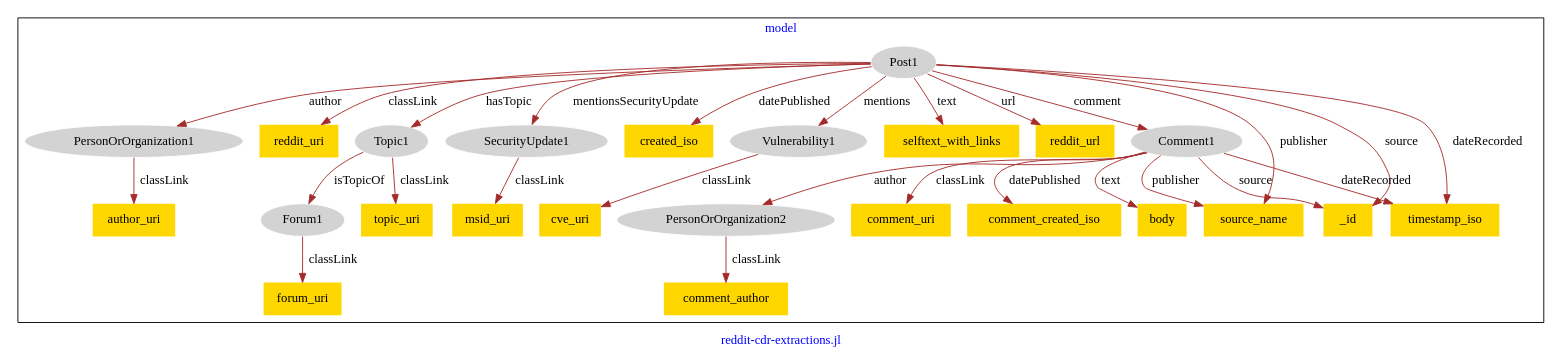
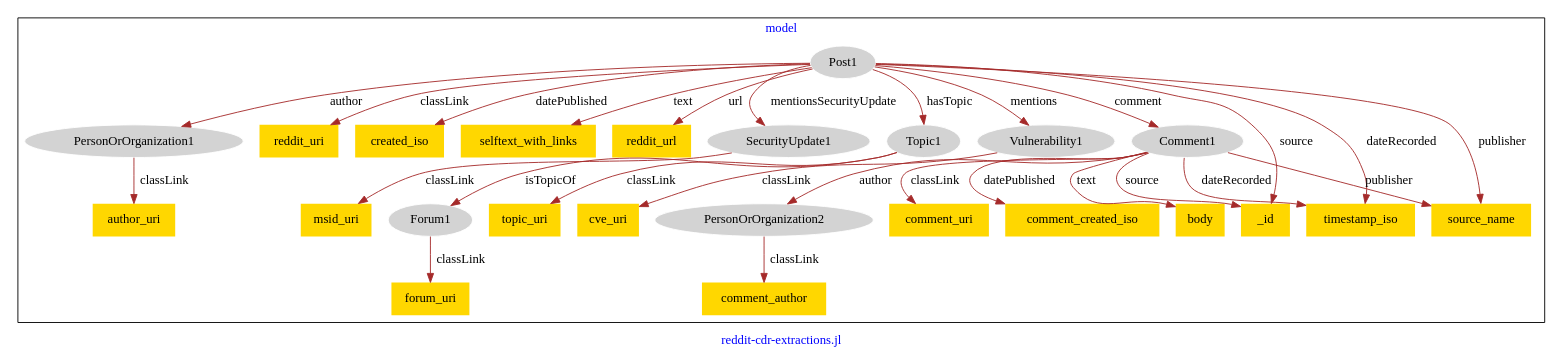
One commit to usc-isi-i2/effect-alignment changed the diagram in models/hg-reddit/hg-reddit-model.dot. Above: the diagram before and after it, drawn with Graphviz.

Commit message:
Update file hg-reddit-model.dot

```diff
--- a/models/hg-reddit/hg-reddit-model.dot
+++ b/models/hg-reddit/hg-reddit-model.dot
@@ -1,58 +1,58 @@
 digraph n0 {
 fontcolor="blue"
 remincross="true"
 label="reddit-cdr-extractions.jl"
 subgraph cluster {
 label="model"
 n2[style="filled",color="white",fillcolor="lightgray",label="Forum1"];
 n3[shape="plaintext",style="filled",fillcolor="gold",label="forum_uri"];
 n4[style="filled",color="white",fillcolor="lightgray",label="PersonOrOrganization1"];
 n5[shape="plaintext",style="filled",fillcolor="gold",label="author_uri"];
 n6[style="filled",color="white",fillcolor="lightgray",label="PersonOrOrganization2"];
 n7[shape="plaintext",style="filled",fillcolor="gold",label="comment_author"];
 n8[style="filled",color="white",fillcolor="lightgray",label="Post1"];
 n9[shape="plaintext",style="filled",fillcolor="gold",label="reddit_uri"];
-n10[style="filled",color="white",fillcolor="lightgray",label="Topic1"];
-n11[style="filled",color="white",fillcolor="lightgray",label="SecurityUpdate1"];
-n12[shape="plaintext",style="filled",fillcolor="gold",label="created_iso"];
-n13[style="filled",color="white",fillcolor="lightgray",label="Vulnerability1"];
-n14[shape="plaintext",style="filled",fillcolor="gold",label="selftext_with_links"];
-n15[shape="plaintext",style="filled",fillcolor="gold",label="reddit_url"];
-n16[shape="plaintext",style="filled",fillcolor="gold",label="msid_uri"];
-n17[shape="plaintext",style="filled",fillcolor="gold",label="topic_uri"];
+n10[shape="plaintext",style="filled",fillcolor="gold",label="created_iso"];
+n11[shape="plaintext",style="filled",fillcolor="gold",label="selftext_with_links"];
+n12[shape="plaintext",style="filled",fillcolor="gold",label="reddit_url"];
+n13[style="filled",color="white",fillcolor="lightgray",label="SecurityUpdate1"];
+n14[shape="plaintext",style="filled",fillcolor="gold",label="msid_uri"];
+n15[style="filled",color="white",fillcolor="lightgray",label="Topic1"];
+n16[shape="plaintext",style="filled",fillcolor="gold",label="topic_uri"];
+n17[style="filled",color="white",fillcolor="lightgray",label="Vulnerability1"];
 n18[shape="plaintext",style="filled",fillcolor="gold",label="cve_uri"];
 n19[style="filled",color="white",fillcolor="lightgray",label="Comment1"];
 n20[shape="plaintext",style="filled",fillcolor="gold",label="comment_uri"];
 n21[shape="plaintext",style="filled",fillcolor="gold",label="comment_created_iso"];
 n22[shape="plaintext",style="filled",fillcolor="gold",label="body"];
-n23[shape="plaintext",style="filled",fillcolor="gold",label="source_name"];
-n24[shape="plaintext",style="filled",fillcolor="gold",label="_id"];
-n25[shape="plaintext",style="filled",fillcolor="gold",label="timestamp_iso"];
+n23[shape="plaintext",style="filled",fillcolor="gold",label="_id"];
+n24[shape="plaintext",style="filled",fillcolor="gold",label="timestamp_iso"];
+n25[shape="plaintext",style="filled",fillcolor="gold",label="source_name"];
 }
 n2 -> n3[color="brown",fontcolor="black",label="classLink"]
 n4 -> n5[color="brown",fontcolor="black",label="classLink"]
 n6 -> n7[color="brown",fontcolor="black",label="classLink"]
 n8 -> n9[color="brown",fontcolor="black",label="classLink"]
-n8 -> n10[color="brown",fontcolor="black",label="hasTopic"]
-n8 -> n11[color="brown",fontcolor="black",label="mentionsSecurityUpdate"]
 n8 -> n4[color="brown",fontcolor="black",label="author"]
-n8 -> n12[color="brown",fontcolor="black",label="datePublished"]
-n8 -> n13[color="brown",fontcolor="black",label="mentions"]
-n8 -> n14[color="brown",fontcolor="black",label="text"]
-n8 -> n15[color="brown",fontcolor="black",label="url"]
-n11 -> n16[color="brown",fontcolor="black",label="classLink"]
-n10 -> n17[color="brown",fontcolor="black",label="classLink"]
-n10 -> n2[color="brown",fontcolor="black",label="isTopicOf"]
-n13 -> n18[color="brown",fontcolor="black",label="classLink"]
+n8 -> n10[color="brown",fontcolor="black",label="datePublished"]
+n8 -> n11[color="brown",fontcolor="black",label="text"]
+n8 -> n12[color="brown",fontcolor="black",label="url"]
+n13 -> n14[color="brown",fontcolor="black",label="classLink"]
+n15 -> n16[color="brown",fontcolor="black",label="classLink"]
+n15 -> n2[color="brown",fontcolor="black",label="isTopicOf"]
+n17 -> n18[color="brown",fontcolor="black",label="classLink"]
 n19 -> n20[color="brown",fontcolor="black",label="classLink"]
 n19 -> n6[color="brown",fontcolor="black",label="author"]
 n19 -> n21[color="brown",fontcolor="black",label="datePublished"]
 n19 -> n22[color="brown",fontcolor="black",label="text"]
-n8 -> n23[color="brown",fontcolor="black",label="publisher"]
-n19 -> n24[color="brown",fontcolor="black",label="source"]
-n8 -> n24[color="brown",fontcolor="black",label="source"]
-n19 -> n25[color="brown",fontcolor="black",label="dateRecorded"]
-n19 -> n23[color="brown",fontcolor="black",label="publisher"]
-n8 -> n25[color="brown",fontcolor="black",label="dateRecorded"]
+n8 -> n15[color="brown",fontcolor="black",label="hasTopic"]
+n19 -> n23[color="brown",fontcolor="black",label="source"]
+n8 -> n13[color="brown",fontcolor="black",label="mentionsSecurityUpdate"]
+n19 -> n24[color="brown",fontcolor="black",label="dateRecorded"]
+n8 -> n24[color="brown",fontcolor="black",label="dateRecorded"]
+n8 -> n25[color="brown",fontcolor="black",label="publisher"]
+n8 -> n23[color="brown",fontcolor="black",label="source"]
+n19 -> n25[color="brown",fontcolor="black",label="publisher"]
+n8 -> n17[color="brown",fontcolor="black",label="mentions"]
 n8 -> n19[color="brown",fontcolor="black",label="comment"]
 }
```
